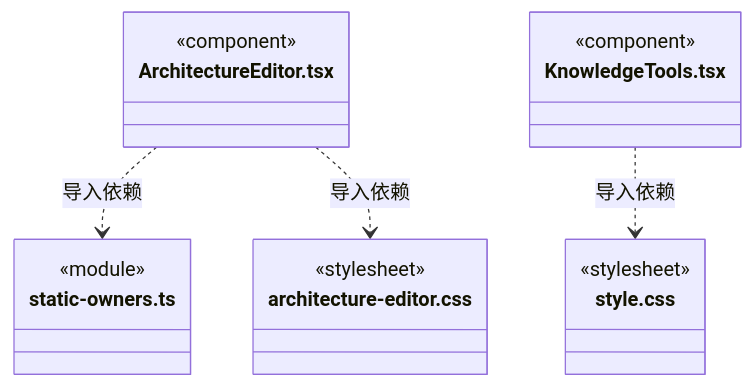
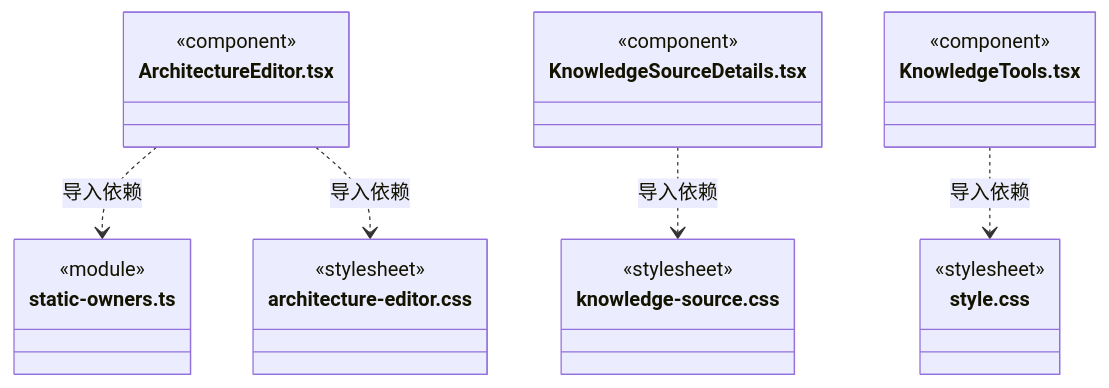
The ninth of 9 diagrams in src/frontend/knowledge/ARCHITECTURE.md (nan023062/cbim), drawn with Mermaid before and after one commit. The commit also changed other lines of this file and 97 other files, not shown here.

````diff
--- a/src/frontend/knowledge/ARCHITECTURE.md
+++ b/src/frontend/knowledge/ARCHITECTURE.md
@@ -102,21 +126,28 @@
 ```mermaid
 classDiagram
 class N_src_frontend_knowledge_ArchitectureEditor_tsx["ArchitectureEditor.tsx"] {
   <<component>>
 }
 class N_src_frontend_knowledge_static_owners_ts["static-owners.ts"] {
   <<module>>
 }
 class N_src_frontend_knowledge_architecture_editor_css["architecture-editor.css"] {
   <<stylesheet>>
 }
+class N_src_frontend_knowledge_KnowledgeSourceDetails_tsx["KnowledgeSourceDetails.tsx"] {
+  <<component>>
+}
+class N_src_frontend_knowledge_knowledge_source_css["knowledge-source.css"] {
+  <<stylesheet>>
+}
 class N_src_frontend_knowledge_KnowledgeTools_tsx["KnowledgeTools.tsx"] {
   <<component>>
 }
 class N_src_frontend_knowledge_style_css["style.css"] {
   <<stylesheet>>
 }
 N_src_frontend_knowledge_ArchitectureEditor_tsx ..> N_src_frontend_knowledge_static_owners_ts : 导入依赖
 N_src_frontend_knowledge_ArchitectureEditor_tsx ..> N_src_frontend_knowledge_architecture_editor_css : 导入依赖
+N_src_frontend_knowledge_KnowledgeSourceDetails_tsx ..> N_src_frontend_knowledge_knowledge_source_css : 导入依赖
 N_src_frontend_knowledge_KnowledgeTools_tsx ..> N_src_frontend_knowledge_style_css : 导入依赖
 ```
````
